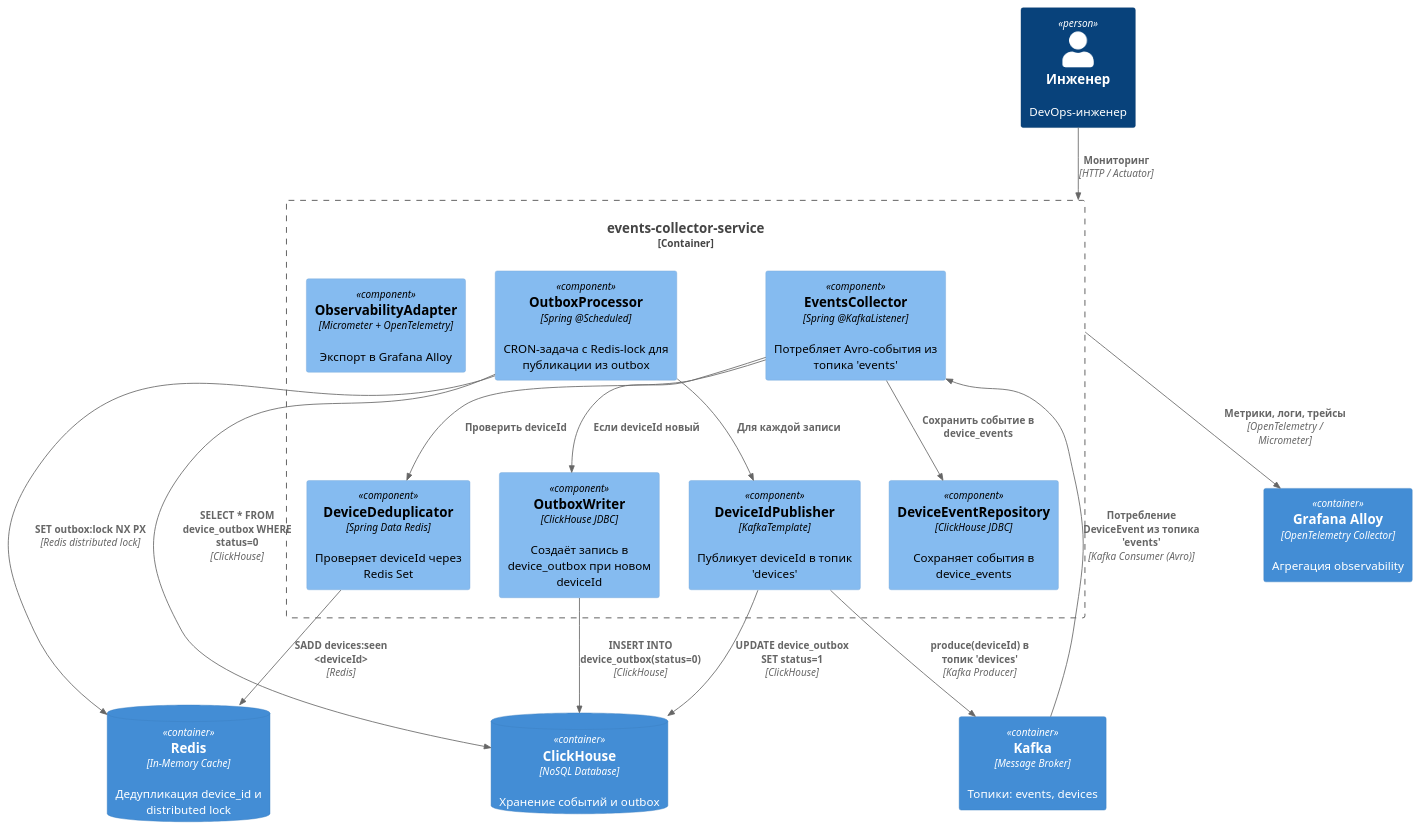
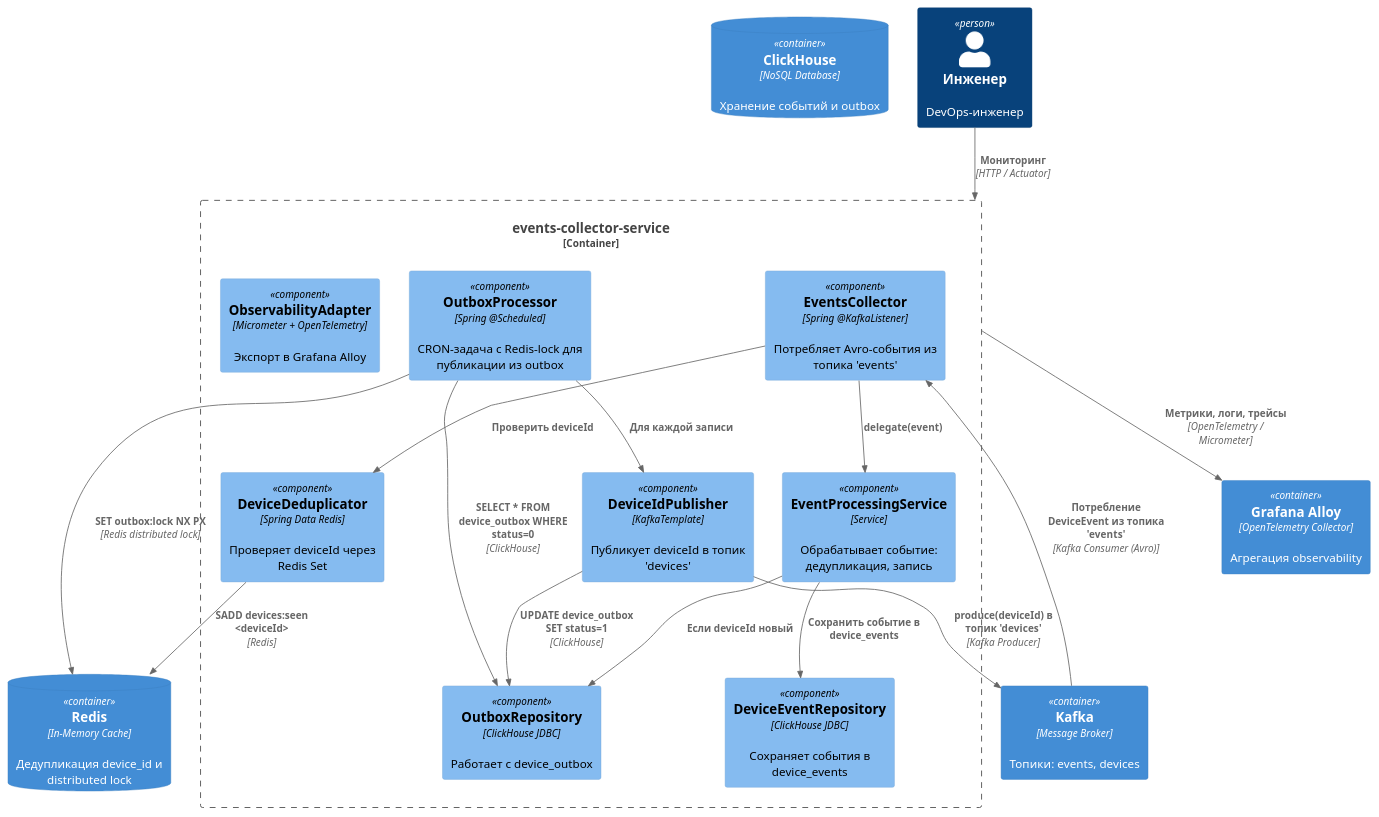
One commit to QuitEnough/highlyLoadedDistributedSystems changed the diagram in diagrams/events-collector-service/components.puml. Above: the diagram before and after it, drawn with PlantUML. The commit also changed 2 other files, not shown here.

```diff
--- a/diagrams/events-collector-service/components.puml
+++ b/diagrams/events-collector-service/components.puml
@@ -1,39 +1,42 @@
 @startuml
 !includeurl https://raw.githubusercontent.com/plantuml-stdlib/C4-PlantUML/master/C4_Component.puml
 
 ContainerDb(clickhouse, "ClickHouse", "NoSQL Database", "Хранение событий и outbox")
 ContainerDb(redis, "Redis", "In-Memory Cache", "Дедупликация device_id и distributed lock")
 Container(kafka, "Kafka", "Message Broker", "Топики: events, devices")
 Container(alloy, "Grafana Alloy", "OpenTelemetry Collector", "Агрегация observability")
 
 Person(engineer, "Инженер", "DevOps-инженер")
 
 Container_Boundary(events_collector, "events-collector-service") {
     Component(EventsCollector, "EventsCollector", "Spring @KafkaListener", "Потребляет Avro-события из топика 'events'")
+    Component(EventProcessingService, "EventProcessingService", "Service", "Обрабатывает событие: дедупликация, запись")
     Component(DeviceEventRepository, "DeviceEventRepository", "ClickHouse JDBC", "Сохраняет события в device_events")
+    Component(OutboxRepository, "OutboxRepository", "ClickHouse JDBC", "Работает с device_outbox")
     Component(DeviceDeduplicator, "DeviceDeduplicator", "Spring Data Redis", "Проверяет deviceId через Redis Set")
-    Component(OutboxWriter, "OutboxWriter", "ClickHouse JDBC", "Создаёт запись в device_outbox при новом deviceId")
     Component(OutboxProcessor, "OutboxProcessor", "Spring @Scheduled", "CRON-задача с Redis-lock для публикации из outbox")
     Component(DeviceIdPublisher, "DeviceIdPublisher", "KafkaTemplate", "Публикует deviceId в топик 'devices'")
     Component(ObservabilityAdapter, "ObservabilityAdapter", "Micrometer + OpenTelemetry", "Экспорт в Grafana Alloy")
 }
 
 Rel(engineer, events_collector, "Мониторинг", "HTTP / Actuator")
 
 Rel(kafka, EventsCollector, "Потребление DeviceEvent из топика 'events'", "Kafka Consumer (Avro)")
+Rel(EventsCollector, EventProcessingService, "delegate(event)", "")
 
-Rel(EventsCollector, DeviceEventRepository, "Сохранить событие в device_events", "")
 Rel(EventsCollector, DeviceDeduplicator, "Проверить deviceId", "")
 Rel(DeviceDeduplicator, redis, "SADD devices:seen <deviceId>", "Redis")
-Rel(EventsCollector, OutboxWriter, "Если deviceId новый", "")
-Rel(OutboxWriter, clickhouse, "INSERT INTO device_outbox(status=0)", "ClickHouse")
+
+Rel(EventProcessingService, DeviceEventRepository, "Сохранить событие в device_events", "")
+Rel(EventProcessingService, OutboxRepository, "Если deviceId новый", "")
 
 Rel(OutboxProcessor, redis, "SET outbox:lock NX PX", "Redis distributed lock")
-Rel(OutboxProcessor, clickhouse, "SELECT * FROM device_outbox WHERE status=0", "ClickHouse")
+Rel(OutboxProcessor, OutboxRepository, "SELECT * FROM device_outbox WHERE status=0", "ClickHouse")
 Rel(OutboxProcessor, DeviceIdPublisher, "Для каждой записи", "")
+
+Rel(DeviceIdPublisher, OutboxRepository, "UPDATE device_outbox SET status=1", "ClickHouse")
 Rel(DeviceIdPublisher, kafka, "produce(deviceId) в топик 'devices'", "Kafka Producer")
-Rel(DeviceIdPublisher, clickhouse, "UPDATE device_outbox SET status=1", "ClickHouse")
 
 Rel(events_collector, alloy, "Метрики, логи, трейсы", "OpenTelemetry / Micrometer")
 
 @enduml
```
